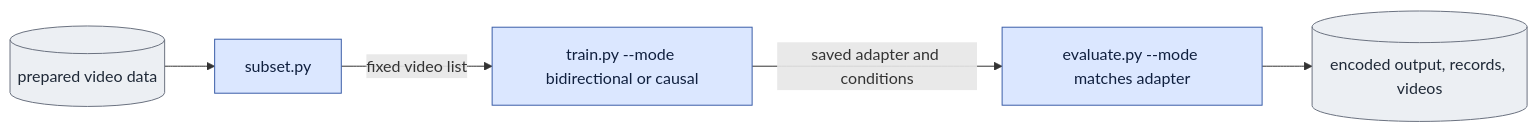
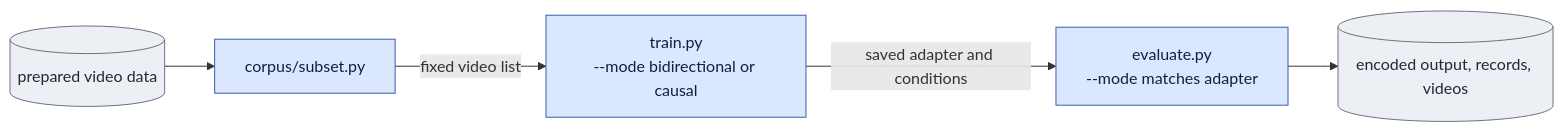
The second of 5 diagrams in scripts/onestep_avatar/README.md (AtlantixJJ/LTX-2), drawn with Mermaid before and after one commit. The commit also changed other lines of this file and 161 other files, not shown here.

````diff
--- a/scripts/onestep_avatar/README.md
+++ b/scripts/onestep_avatar/README.md
@@ -74,11 +72,11 @@
 ```mermaid
 flowchart LR
-  C[("prepared video data")] --> W["subset.py"]
-  W -->|"fixed video list"| T["train.py --mode bidirectional or causal"]
-  T -->|"saved adapter and conditions"| E["evaluate.py --mode matches adapter"]
+  C[("prepared video data")] --> W["corpus/subset.py"]
+  W -->|"fixed video list"| T["train.py<br/>--mode bidirectional or causal"]
+  T -->|"saved adapter and conditions"| E["evaluate.py<br/>--mode matches adapter"]
   E --> R[("encoded output, records, videos")]
   classDef proc fill:#dbe7ff,stroke:#3b5ea8,color:#10203f;
   classDef disk fill:#eceff3,stroke:#6b7280,color:#1f2937;
   class W,T,E proc;
   class C,R disk;
 ```
````
